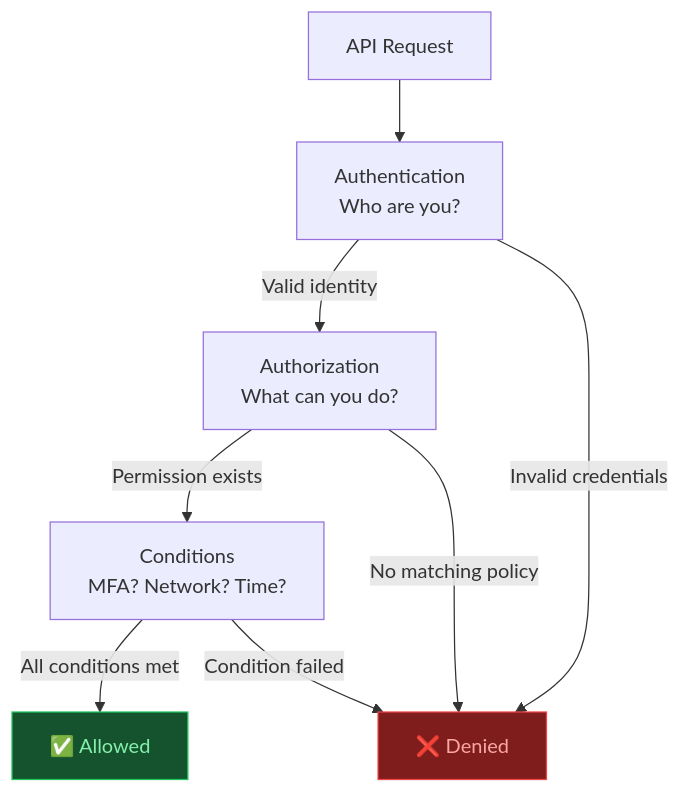
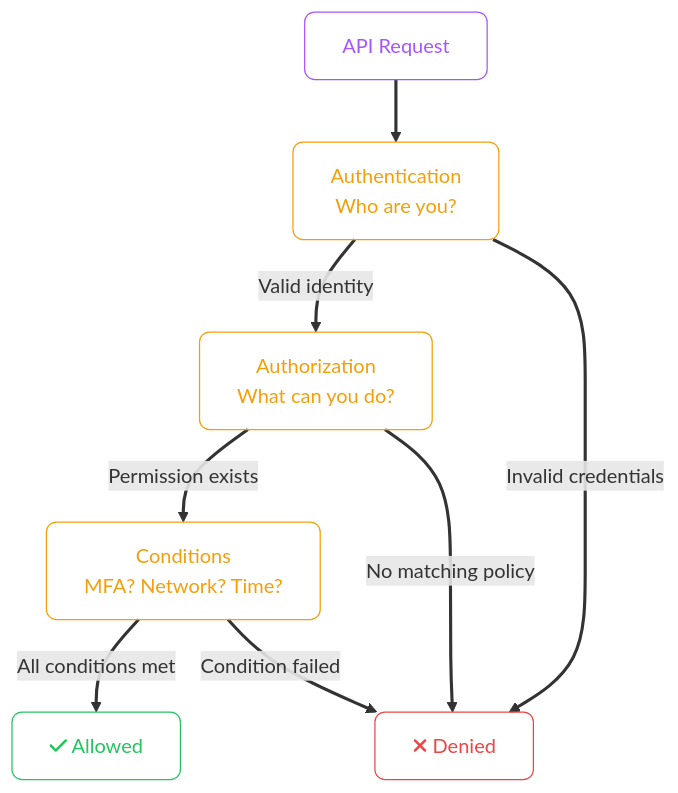
The second of 7 diagrams in src/content/cloud/common/security-foundations.mdx (zafarale/cloudification), drawn with Mermaid before and after one commit. The commit also changed other lines of this file and 84 other files, not shown here.

````diff
--- a/src/content/cloud/common/security-foundations.mdx
+++ b/src/content/cloud/common/security-foundations.mdx
@@ -55,20 +56,25 @@
 ```mermaid
 flowchart TD
-    Request["API Request"]
-    AuthN["Authentication\nWho are you?"]
-    AuthZ["Authorization\nWhat can you do?"]
-    Conditions["Conditions\nMFA? Network? Time?"]
-    Allowed["✅ Allowed"]
-    Denied["❌ Denied"]
+    accTitle: 1. Identity and Access Control
+    accDescr: Flowchart (td) showing API Request, Authentication Who are you, Authorization What can you do
+    classDef step fill:none,stroke:#a855f7,color:#a855f7,rx:8,ry:8
+    classDef ok   fill:none,stroke:#22c55e,color:#22c55e,rx:8,ry:8
+    classDef fail fill:none,stroke:#ef4444,color:#ef4444,rx:8,ry:8
+    classDef decesion fill:none,stroke:#f59e0b,color:#f59e0b,rx:8,ry:8
+    linkStyle default stroke-width:2.5px
+
+    Request["API Request"]:::step
+    AuthN["Authentication<br/>Who are you?"]:::decesion
+    AuthZ["Authorization<br/>What can you do?"]:::decesion
+    Conditions["Conditions<br/>MFA? Network? Time?"]:::decesion
+    Allowed["fa:fa-check Allowed"]:::ok
+    Denied["fa:fa-xmark Denied"]:::fail
 
     Request --> AuthN
     AuthN -->|"Valid identity"| AuthZ
     AuthN -->|"Invalid credentials"| Denied
     AuthZ -->|"Permission exists"| Conditions
     AuthZ -->|"No matching policy"| Denied
     Conditions -->|"All conditions met"| Allowed
     Conditions -->|"Condition failed"| Denied
-
-    style Allowed fill:#14532d,stroke:#22c55e,color:#86efac
-    style Denied fill:#7f1d1d,stroke:#ef4444,color:#fca5a5
 ```
````
